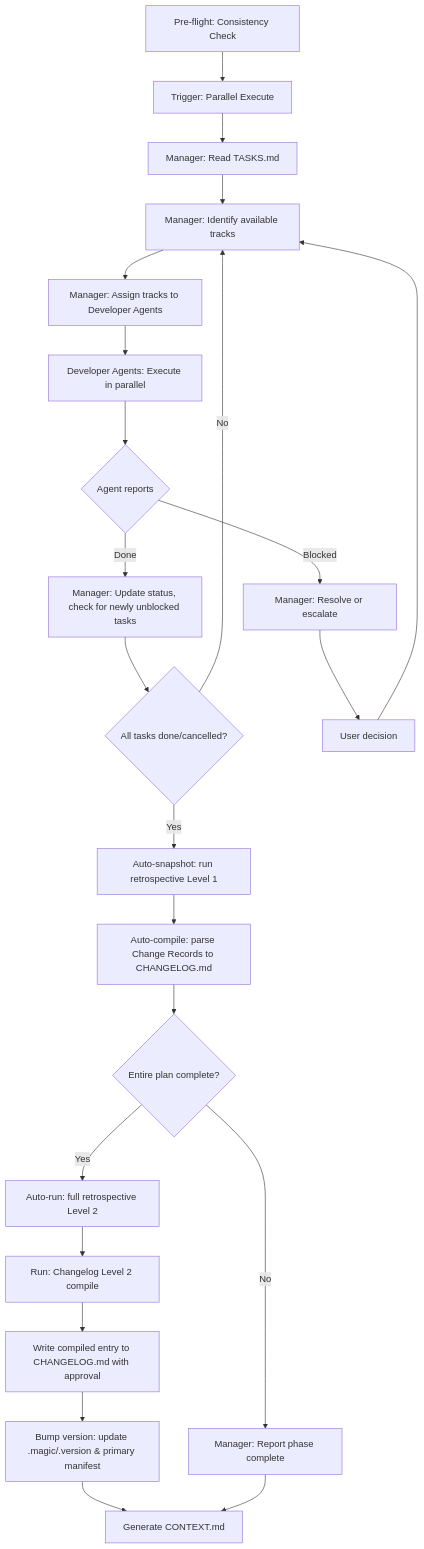
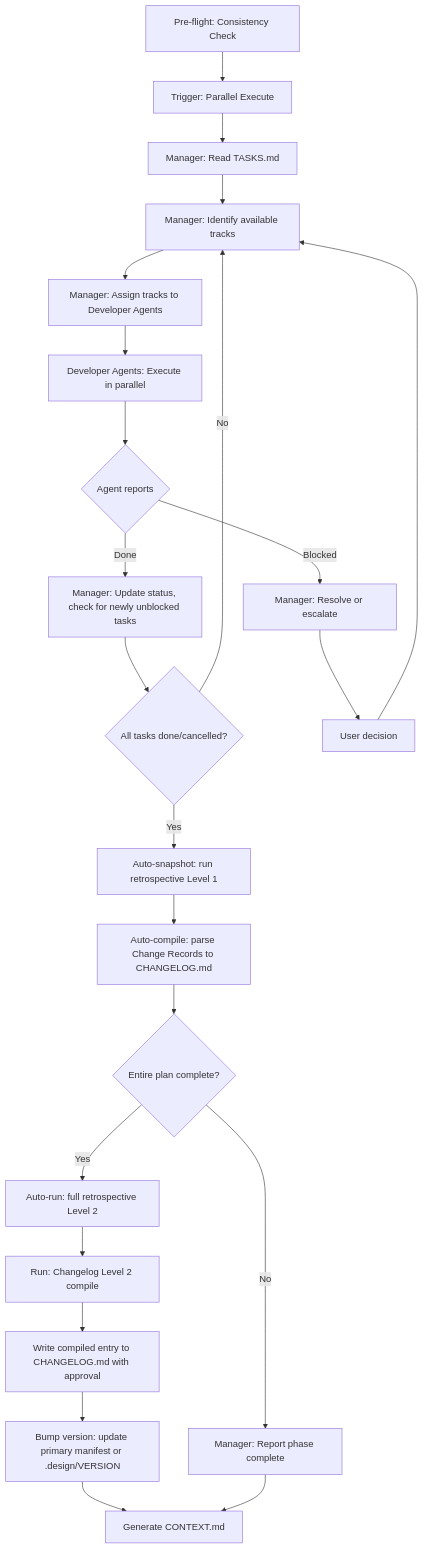
The second of 2 diagrams in .magic/run.md (teratron/magic-spec), drawn with Mermaid before and after one commit. The commit also changed other lines of this file and 6 other files, not shown here.

````diff
--- a/.magic/run.md
+++ b/.magic/run.md
@@ -132,25 +134,25 @@
 ```mermaid
 graph TD
     Z["Pre-flight: Consistency Check"] --> A
     A[Trigger: Parallel Execute] --> B[Manager: Read TASKS.md]
     B --> C[Manager: Identify available tracks]
     C --> D[Manager: Assign tracks to Developer Agents]
     D --> E[Developer Agents: Execute in parallel]
     E --> F{Agent reports}
     F -->|Done| G[Manager: Update status, check for newly unblocked tasks]
     F -->|Blocked| H[Manager: Resolve or escalate]
     G --> I{All tasks done/cancelled?}
     I -->|No| C
     I -->|Yes| J[Auto-snapshot: run retrospective Level 1]
     J --> J1[Auto-compile: parse Change Records to CHANGELOG.md]
     J1 --> L{Entire plan complete?}
     L -->|Yes| M[Auto-run: full retrospective Level 2]
     M --> M1[Run: Changelog Level 2 compile]
     M1 --> N1[Write compiled entry to CHANGELOG.md with approval]
-    N1 --> N2[Bump version: update .magic/.version & primary manifest]
+    N1 --> N2[Bump version: update primary manifest or .design/VERSION]
     N2 --> O[Generate CONTEXT.md]
     L -->|No| N[Manager: Report phase complete]
     N --> O
     H --> K[User decision]
     K --> C
 ```
````
